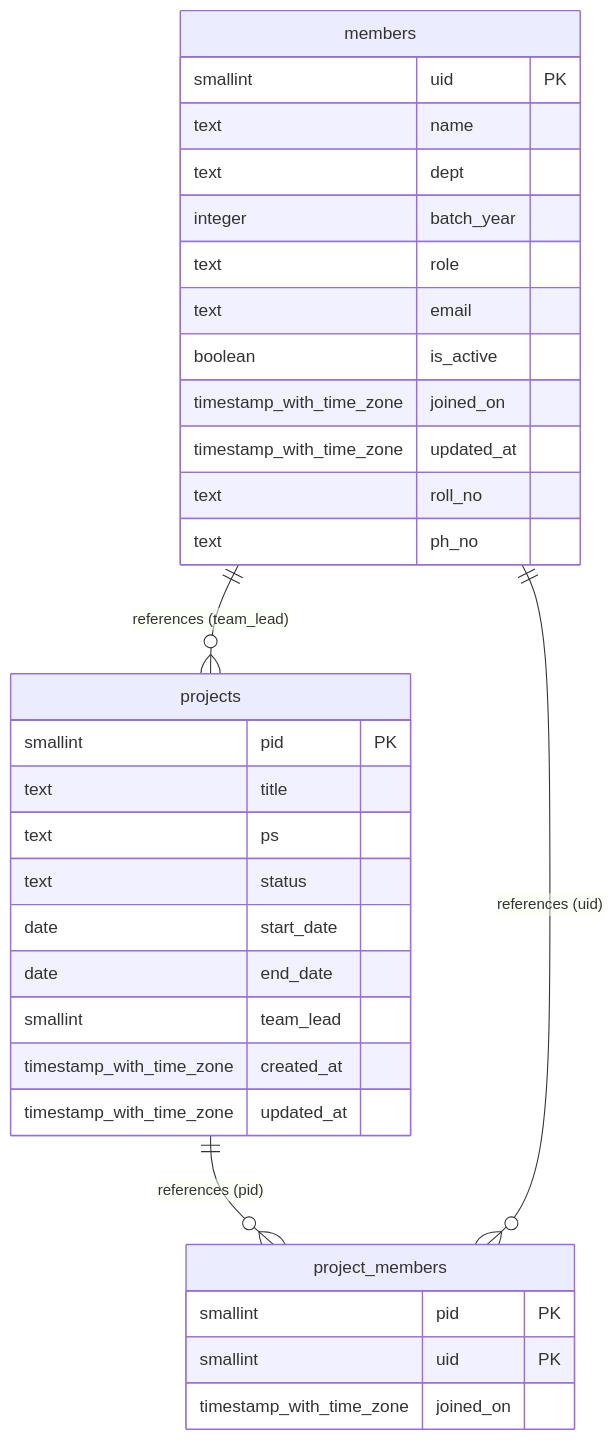
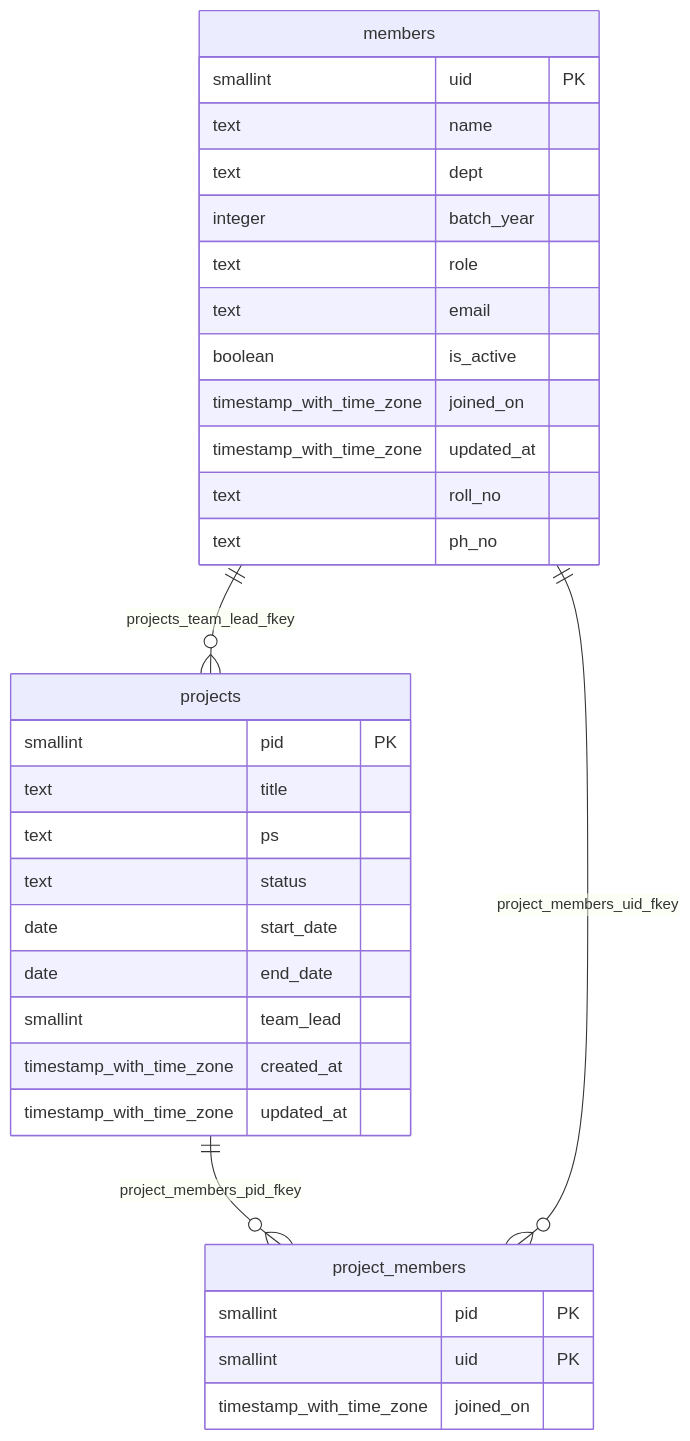
One commit to IDEA-Amrita/supabase-gitops changed the diagram in docs/schema.md. Above: the diagram before and after it, drawn with Mermaid. The commit also changed other lines of this file, not shown here.

Commit message:
docs(schema): update database schema docs and ER diagram

````diff
--- a/docs/schema.md
+++ b/docs/schema.md
@@ -7,35 +7,35 @@
 ```mermaid
 erDiagram
-    members ||--o{ projects : "references (team_lead)"
-    projects ||--o{ project_members : "references (pid)"
-    members ||--o{ project_members : "references (uid)"
+    members ||--o{ projects : "projects_team_lead_fkey"
+    projects ||--o{ project_members : "project_members_pid_fkey"
+    members ||--o{ project_members : "project_members_uid_fkey"
     members {
         smallint uid PK
         text name
         text dept
         integer batch_year
         text role
         text email
         boolean is_active
         timestamp_with_time_zone joined_on
         timestamp_with_time_zone updated_at
         text roll_no
         text ph_no
     }
     project_members {
         smallint pid PK
         smallint uid PK
         timestamp_with_time_zone joined_on
     }
     projects {
         smallint pid PK
         text title
         text ps
         text status
         date start_date
         date end_date
         smallint team_lead
         timestamp_with_time_zone created_at
         timestamp_with_time_zone updated_at
     }
 ```
````
